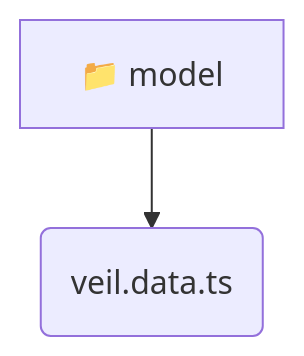
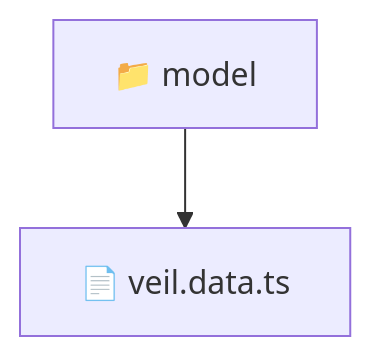
Before and after one commit to beginwebdev2002/fullstack-mavluda: the diagram in frontend/src/features/veil/model/README.md, drawn with Mermaid. The commit also changed other lines of this file and 163 other files, not shown here.

````diff
--- a/frontend/src/features/veil/model/README.md
+++ b/frontend/src/features/veil/model/README.md
@@ -11,5 +10,5 @@
 ```mermaid
 graph TD
-  model[📁 model]
-  model --> model_veil_data_ts(veil.data.ts)
+  Root["📁 model"]
+  Root --> veildatats["📄 veil.data.ts"]
 ```
````
